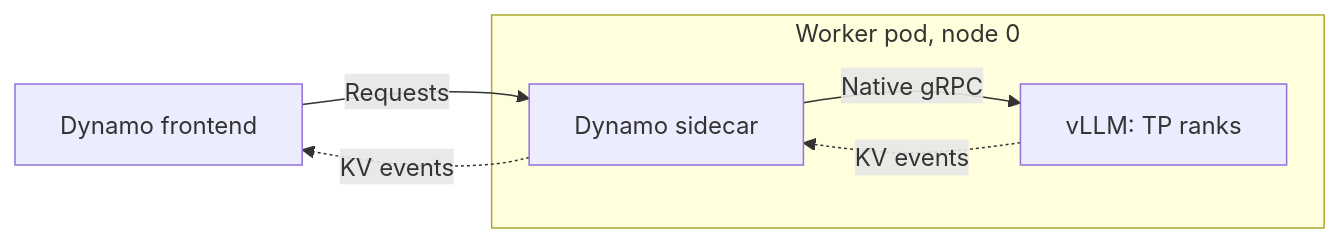
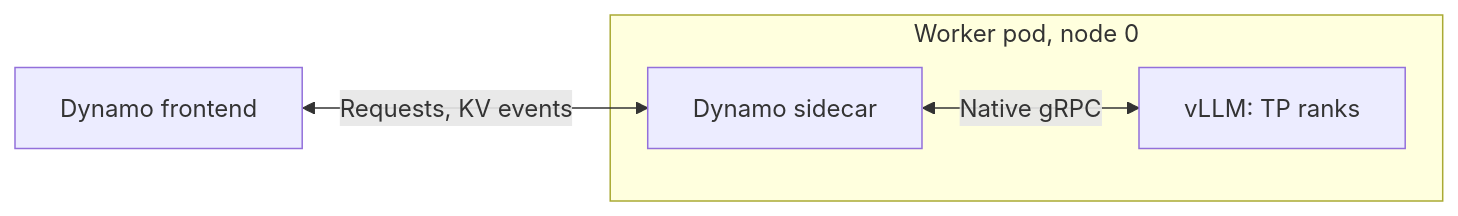
The first of 3 diagrams in docs/fern/pages/developer-guide/knowledge-base/modular-components/backends/vllm/sidecar.md (ai-dynamo/dynamo), drawn with Mermaid before and after one commit. The commit also changed other lines of this file and 6 other files, not shown here.

Commit message:
docs(sidecar): simplify topology diagrams for Fern rendering

````diff
--- a/docs/fern/pages/developer-guide/knowledge-base/modular-components/backends/vllm/sidecar.md
+++ b/docs/fern/pages/developer-guide/knowledge-base/modular-components/backends/vllm/sidecar.md
@@ -62,10 +63,7 @@
 ```mermaid
 flowchart LR
-  F[Dynamo frontend]
+  F[Dynamo frontend] <-->|Requests, KV events| S
   subgraph P[Worker pod, node 0]
-    S[Dynamo sidecar] -->|Native gRPC| E[vLLM: TP ranks]
-    E -.->|KV events| S
+    S[Dynamo sidecar] <-->|Native gRPC| E[vLLM: TP ranks]
   end
-  F -->|Requests| S
-  S -.->|KV events| F
 ```
````
